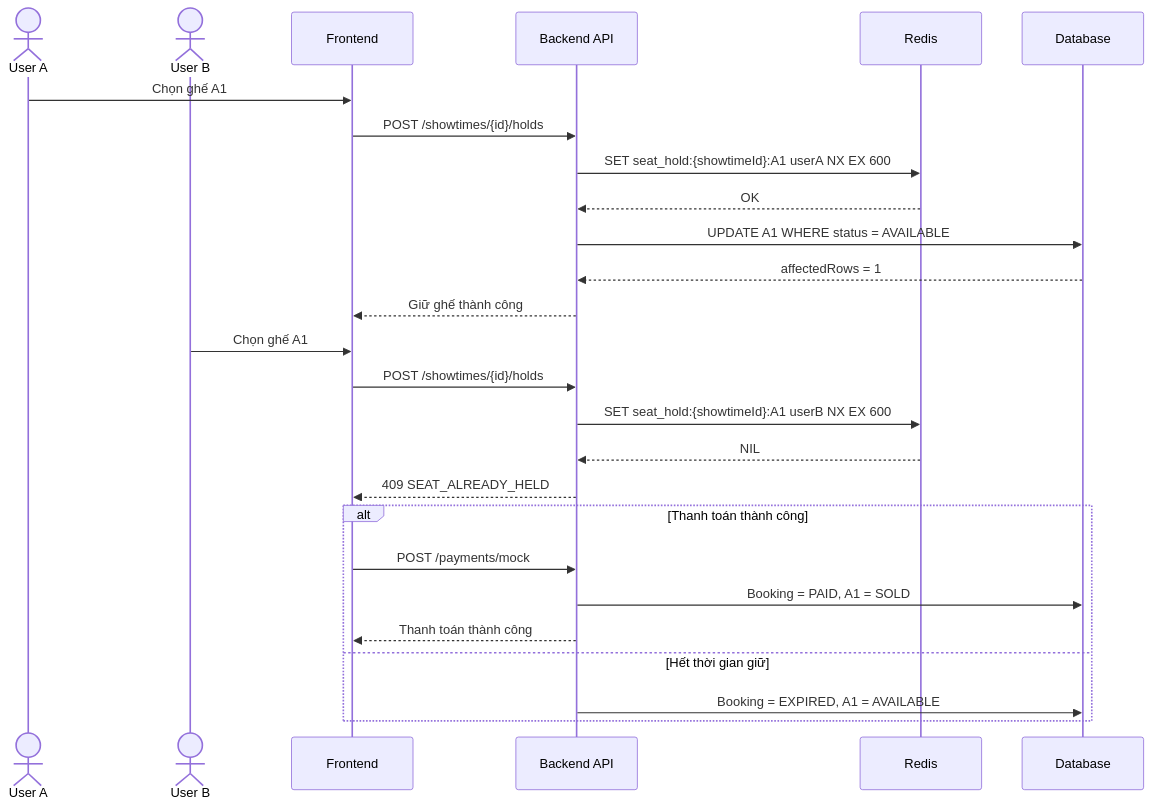
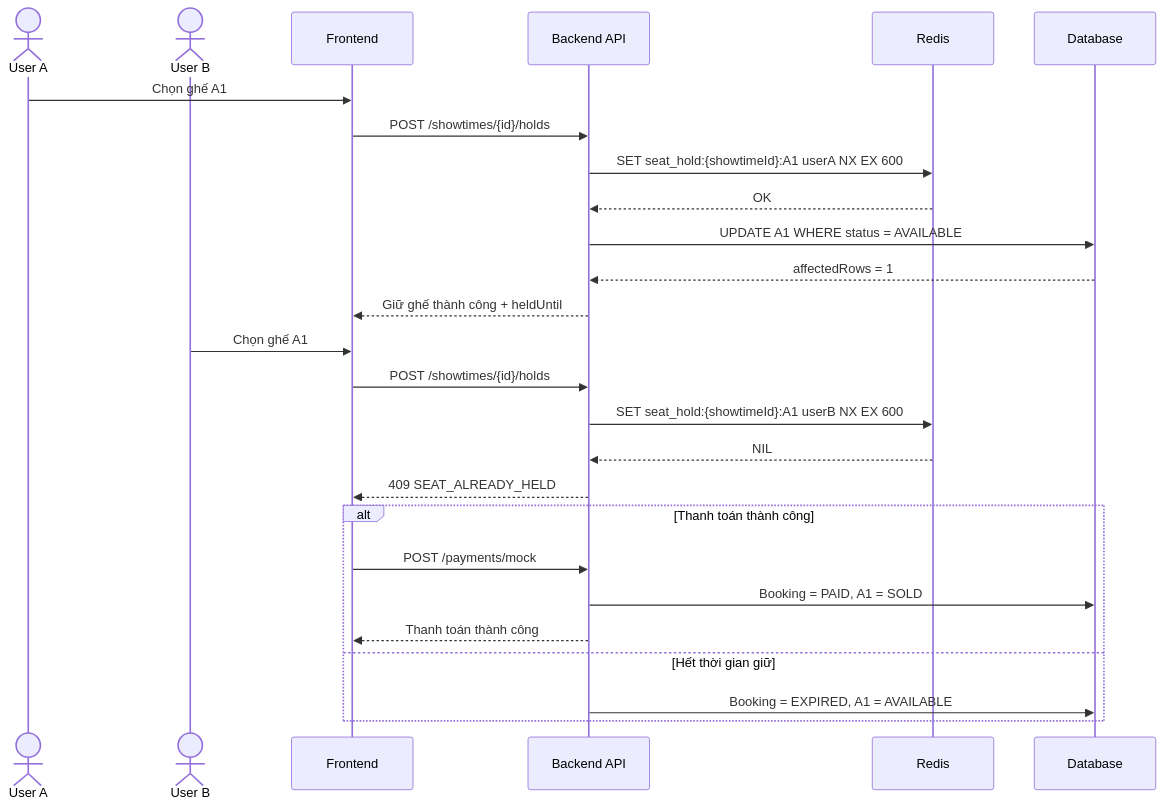
The diagram in .github/Tuần 5/[Ticket Hunting] Thiết kế luồng săn vé xem phim/p21.md (Minhhanh-zit/CNPM), drawn with Mermaid before and after one commit. The commit also changed other lines of this file, not shown here.

````diff
--- a/.github/Tuần 5/[Ticket Hunting] Thiết kế luồng săn vé xem phim/p21.md
+++ b/.github/Tuần 5/[Ticket Hunting] Thiết kế luồng săn vé xem phim/p21.md
@@ -49,31 +240,31 @@
 ```mermaid
 sequenceDiagram
     actor UserA as User A
     actor UserB as User B
     participant FE as Frontend
     participant API as Backend API
     participant Redis as Redis
     participant DB as Database
 
     UserA->>FE: Chọn ghế A1
     FE->>API: POST /showtimes/{id}/holds
     API->>Redis: SET seat_hold:{showtimeId}:A1 userA NX EX 600
     Redis-->>API: OK
     API->>DB: UPDATE A1 WHERE status = AVAILABLE
     DB-->>API: affectedRows = 1
-    API-->>FE: Giữ ghế thành công
+    API-->>FE: Giữ ghế thành công + heldUntil
 
     UserB->>FE: Chọn ghế A1
     FE->>API: POST /showtimes/{id}/holds
     API->>Redis: SET seat_hold:{showtimeId}:A1 userB NX EX 600
     Redis-->>API: NIL
     API-->>FE: 409 SEAT_ALREADY_HELD
 
     alt Thanh toán thành công
         FE->>API: POST /payments/mock
         API->>DB: Booking = PAID, A1 = SOLD
         API-->>FE: Thanh toán thành công
     else Hết thời gian giữ
         API->>DB: Booking = EXPIRED, A1 = AVAILABLE
     end
 ```
````
